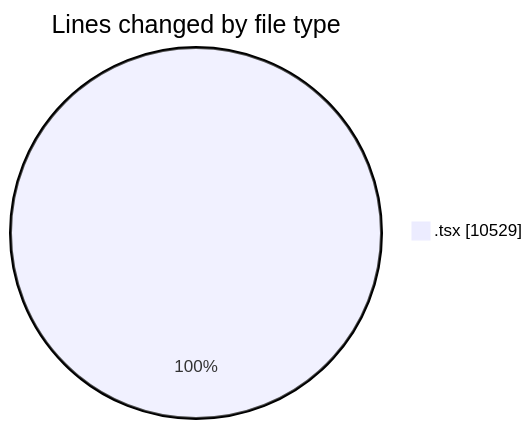
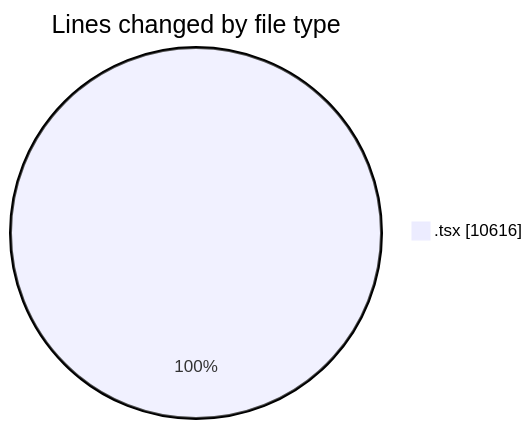
The first of 2 diagrams in 2026-06-17/nxtqube_webapp/README.md (nxtqubesakshisongat/code-tracking), drawn with Mermaid before and after one commit. The commit also changed other lines of this file and 1 other file, not shown here.

````diff
--- a/2026-06-17/nxtqube_webapp/README.md
+++ b/2026-06-17/nxtqube_webapp/README.md
@@ -35,5 +35,5 @@
 ```mermaid
 pie showData
 title Lines changed by file type
-".tsx" : 10529
+".tsx" : 10616
 ```
````
